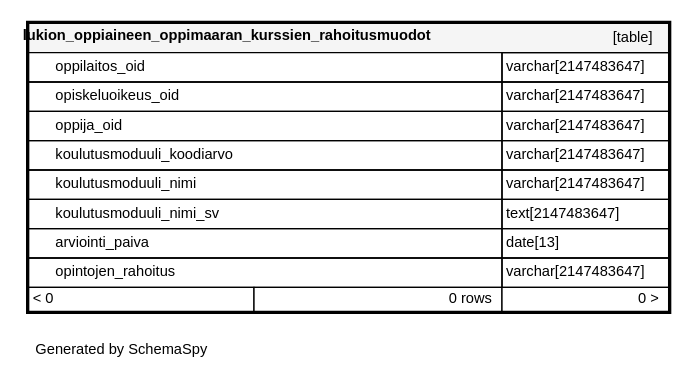
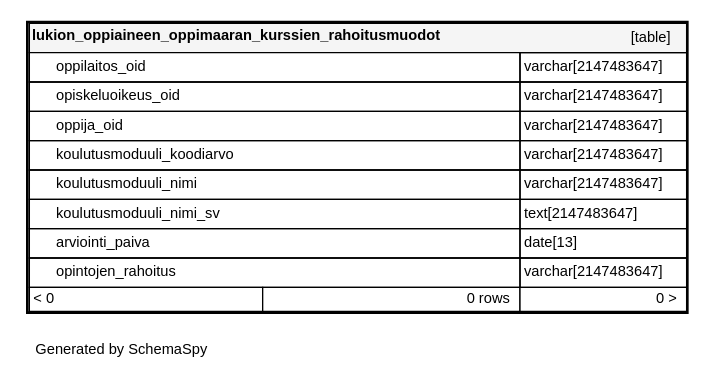
The diagram in documentation/tietokantaskeemat/koski-raportointikanta/diagrams/tables/lukion_oppiaineen_oppimaaran_ku_6b9ab367.1degree.dot (Opetushallitus/koski), drawn with Graphviz before and after one commit. The commit also changed 226 other files, not shown here.

```diff
--- a/documentation/tietokantaskeemat/koski-raportointikanta/diagrams/tables/lukion_oppiaineen_oppimaaran_ku_6b9ab367.1degree.dot
+++ b/documentation/tietokantaskeemat/koski-raportointikanta/diagrams/tables/lukion_oppiaineen_oppimaaran_ku_6b9ab367.1degree.dot
@@ -1,21 +1,21 @@
 digraph "oneDegreeRelationshipsDiagram" {
   graph [    rankdir="RL"    bgcolor="#ffffff"    label="\nGenerated by SchemaSpy"    labeljust="l"    nodesep="0.18"    ranksep="0.46"    fontname="Helvetica"    fontsize="11"    ration="compress"  ];  node [    fontname="Helvetica"    fontsize="11"    shape="plaintext"  ];  edge [    arrowsize="0.8"  ];
   "lukion_oppiaineen_oppimaaran_kurssien_rahoitusmuodot" [
    label=<
     <TABLE BORDER="2" CELLBORDER="1" CELLSPACING="0" BGCOLOR="#ffffff">
-      <TR><TD COLSPAN="4"  BGCOLOR="#f5f5f5"><TABLE BORDER="0" CELLSPACING="0"><TR><TD ALIGN="LEFT" FIXEDSIZE="TRUE" WIDTH="334" HEIGHT="16"><B>lukion_oppiaineen_oppimaaran_kurssien_rahoitusmuodot</B></TD><TD ALIGN="RIGHT">[table]</TD></TR></TABLE></TD></TR>
-      <TR><TD PORT="oppilaitos_oid" COLSPAN="2" BGCOLOR="#ffffff" ALIGN="LEFT"><TABLE BORDER="0" CELLSPACING="0" ALIGN="LEFT"><TR ALIGN="LEFT"><TD ALIGN="LEFT" FIXEDSIZE="TRUE" WIDTH="15" HEIGHT="16"></TD><TD ALIGN="LEFT" FIXEDSIZE="TRUE" WIDTH="334" HEIGHT="16">oppilaitos_oid</TD></TR></TABLE></TD><TD PORT="oppilaitos_oid.type" ALIGN="LEFT">varchar[2147483647]</TD></TR>
-      <TR><TD PORT="opiskeluoikeus_oid" COLSPAN="2" ALIGN="LEFT"><TABLE BORDER="0" CELLSPACING="0" ALIGN="LEFT"><TR ALIGN="LEFT"><TD ALIGN="LEFT" FIXEDSIZE="TRUE" WIDTH="15" HEIGHT="16"></TD><TD ALIGN="LEFT" FIXEDSIZE="TRUE" WIDTH="334" HEIGHT="16">opiskeluoikeus_oid</TD></TR></TABLE></TD><TD PORT="opiskeluoikeus_oid.type" ALIGN="LEFT">varchar[2147483647]</TD></TR>
-      <TR><TD PORT="oppija_oid" COLSPAN="2" ALIGN="LEFT"><TABLE BORDER="0" CELLSPACING="0" ALIGN="LEFT"><TR ALIGN="LEFT"><TD ALIGN="LEFT" FIXEDSIZE="TRUE" WIDTH="15" HEIGHT="16"></TD><TD ALIGN="LEFT" FIXEDSIZE="TRUE" WIDTH="334" HEIGHT="16">oppija_oid</TD></TR></TABLE></TD><TD PORT="oppija_oid.type" ALIGN="LEFT">varchar[2147483647]</TD></TR>
-      <TR><TD PORT="koulutusmoduuli_koodiarvo" COLSPAN="2" ALIGN="LEFT"><TABLE BORDER="0" CELLSPACING="0" ALIGN="LEFT"><TR ALIGN="LEFT"><TD ALIGN="LEFT" FIXEDSIZE="TRUE" WIDTH="15" HEIGHT="16"></TD><TD ALIGN="LEFT" FIXEDSIZE="TRUE" WIDTH="334" HEIGHT="16">koulutusmoduuli_koodiarvo</TD></TR></TABLE></TD><TD PORT="koulutusmoduuli_koodiarvo.type" ALIGN="LEFT">varchar[2147483647]</TD></TR>
-      <TR><TD PORT="koulutusmoduuli_nimi" COLSPAN="2" ALIGN="LEFT"><TABLE BORDER="0" CELLSPACING="0" ALIGN="LEFT"><TR ALIGN="LEFT"><TD ALIGN="LEFT" FIXEDSIZE="TRUE" WIDTH="15" HEIGHT="16"></TD><TD ALIGN="LEFT" FIXEDSIZE="TRUE" WIDTH="334" HEIGHT="16">koulutusmoduuli_nimi</TD></TR></TABLE></TD><TD PORT="koulutusmoduuli_nimi.type" ALIGN="LEFT">varchar[2147483647]</TD></TR>
-      <TR><TD PORT="koulutusmoduuli_nimi_sv" COLSPAN="2" ALIGN="LEFT"><TABLE BORDER="0" CELLSPACING="0" ALIGN="LEFT"><TR ALIGN="LEFT"><TD ALIGN="LEFT" FIXEDSIZE="TRUE" WIDTH="15" HEIGHT="16"></TD><TD ALIGN="LEFT" FIXEDSIZE="TRUE" WIDTH="334" HEIGHT="16">koulutusmoduuli_nimi_sv</TD></TR></TABLE></TD><TD PORT="koulutusmoduuli_nimi_sv.type" ALIGN="LEFT">text[2147483647]</TD></TR>
-      <TR><TD PORT="arviointi_paiva" COLSPAN="2" ALIGN="LEFT"><TABLE BORDER="0" CELLSPACING="0" ALIGN="LEFT"><TR ALIGN="LEFT"><TD ALIGN="LEFT" FIXEDSIZE="TRUE" WIDTH="15" HEIGHT="16"></TD><TD ALIGN="LEFT" FIXEDSIZE="TRUE" WIDTH="334" HEIGHT="16">arviointi_paiva</TD></TR></TABLE></TD><TD PORT="arviointi_paiva.type" ALIGN="LEFT">date[13]</TD></TR>
-      <TR><TD PORT="opintojen_rahoitus" COLSPAN="2" ALIGN="LEFT"><TABLE BORDER="0" CELLSPACING="0" ALIGN="LEFT"><TR ALIGN="LEFT"><TD ALIGN="LEFT" FIXEDSIZE="TRUE" WIDTH="15" HEIGHT="16"></TD><TD ALIGN="LEFT" FIXEDSIZE="TRUE" WIDTH="334" HEIGHT="16">opintojen_rahoitus</TD></TR></TABLE></TD><TD PORT="opintojen_rahoitus.type" ALIGN="LEFT">varchar[2147483647]</TD></TR>
+      <TR><TD COLSPAN="4"  BGCOLOR="#f5f5f5"><TABLE BORDER="0" CELLSPACING="0"><TR><TD ALIGN="LEFT" FIXEDSIZE="TRUE" WIDTH="347" HEIGHT="16"><B>lukion_oppiaineen_oppimaaran_kurssien_rahoitusmuodot</B></TD><TD ALIGN="RIGHT">[table]</TD></TR></TABLE></TD></TR>
+      <TR><TD PORT="oppilaitos_oid" COLSPAN="2" BGCOLOR="#ffffff" ALIGN="LEFT"><TABLE BORDER="0" CELLSPACING="0" ALIGN="LEFT"><TR ALIGN="LEFT"><TD ALIGN="LEFT" FIXEDSIZE="TRUE" WIDTH="15" HEIGHT="16"></TD><TD ALIGN="LEFT" FIXEDSIZE="TRUE" WIDTH="347" HEIGHT="16">oppilaitos_oid</TD></TR></TABLE></TD><TD PORT="oppilaitos_oid.type" ALIGN="LEFT">varchar[2147483647]</TD></TR>
+      <TR><TD PORT="opiskeluoikeus_oid" COLSPAN="2" ALIGN="LEFT"><TABLE BORDER="0" CELLSPACING="0" ALIGN="LEFT"><TR ALIGN="LEFT"><TD ALIGN="LEFT" FIXEDSIZE="TRUE" WIDTH="15" HEIGHT="16"></TD><TD ALIGN="LEFT" FIXEDSIZE="TRUE" WIDTH="347" HEIGHT="16">opiskeluoikeus_oid</TD></TR></TABLE></TD><TD PORT="opiskeluoikeus_oid.type" ALIGN="LEFT">varchar[2147483647]</TD></TR>
+      <TR><TD PORT="oppija_oid" COLSPAN="2" ALIGN="LEFT"><TABLE BORDER="0" CELLSPACING="0" ALIGN="LEFT"><TR ALIGN="LEFT"><TD ALIGN="LEFT" FIXEDSIZE="TRUE" WIDTH="15" HEIGHT="16"></TD><TD ALIGN="LEFT" FIXEDSIZE="TRUE" WIDTH="347" HEIGHT="16">oppija_oid</TD></TR></TABLE></TD><TD PORT="oppija_oid.type" ALIGN="LEFT">varchar[2147483647]</TD></TR>
+      <TR><TD PORT="koulutusmoduuli_koodiarvo" COLSPAN="2" ALIGN="LEFT"><TABLE BORDER="0" CELLSPACING="0" ALIGN="LEFT"><TR ALIGN="LEFT"><TD ALIGN="LEFT" FIXEDSIZE="TRUE" WIDTH="15" HEIGHT="16"></TD><TD ALIGN="LEFT" FIXEDSIZE="TRUE" WIDTH="347" HEIGHT="16">koulutusmoduuli_koodiarvo</TD></TR></TABLE></TD><TD PORT="koulutusmoduuli_koodiarvo.type" ALIGN="LEFT">varchar[2147483647]</TD></TR>
+      <TR><TD PORT="koulutusmoduuli_nimi" COLSPAN="2" ALIGN="LEFT"><TABLE BORDER="0" CELLSPACING="0" ALIGN="LEFT"><TR ALIGN="LEFT"><TD ALIGN="LEFT" FIXEDSIZE="TRUE" WIDTH="15" HEIGHT="16"></TD><TD ALIGN="LEFT" FIXEDSIZE="TRUE" WIDTH="347" HEIGHT="16">koulutusmoduuli_nimi</TD></TR></TABLE></TD><TD PORT="koulutusmoduuli_nimi.type" ALIGN="LEFT">varchar[2147483647]</TD></TR>
+      <TR><TD PORT="koulutusmoduuli_nimi_sv" COLSPAN="2" ALIGN="LEFT"><TABLE BORDER="0" CELLSPACING="0" ALIGN="LEFT"><TR ALIGN="LEFT"><TD ALIGN="LEFT" FIXEDSIZE="TRUE" WIDTH="15" HEIGHT="16"></TD><TD ALIGN="LEFT" FIXEDSIZE="TRUE" WIDTH="347" HEIGHT="16">koulutusmoduuli_nimi_sv</TD></TR></TABLE></TD><TD PORT="koulutusmoduuli_nimi_sv.type" ALIGN="LEFT">text[2147483647]</TD></TR>
+      <TR><TD PORT="arviointi_paiva" COLSPAN="2" ALIGN="LEFT"><TABLE BORDER="0" CELLSPACING="0" ALIGN="LEFT"><TR ALIGN="LEFT"><TD ALIGN="LEFT" FIXEDSIZE="TRUE" WIDTH="15" HEIGHT="16"></TD><TD ALIGN="LEFT" FIXEDSIZE="TRUE" WIDTH="347" HEIGHT="16">arviointi_paiva</TD></TR></TABLE></TD><TD PORT="arviointi_paiva.type" ALIGN="LEFT">date[13]</TD></TR>
+      <TR><TD PORT="opintojen_rahoitus" COLSPAN="2" ALIGN="LEFT"><TABLE BORDER="0" CELLSPACING="0" ALIGN="LEFT"><TR ALIGN="LEFT"><TD ALIGN="LEFT" FIXEDSIZE="TRUE" WIDTH="15" HEIGHT="16"></TD><TD ALIGN="LEFT" FIXEDSIZE="TRUE" WIDTH="347" HEIGHT="16">opintojen_rahoitus</TD></TR></TABLE></TD><TD PORT="opintojen_rahoitus.type" ALIGN="LEFT">varchar[2147483647]</TD></TR>
       <TR><TD ALIGN="LEFT" BGCOLOR="#ffffff">&lt; 0</TD><TD ALIGN="RIGHT" BGCOLOR="#ffffff">0 rows</TD><TD ALIGN="RIGHT" BGCOLOR="#ffffff">0 &gt;</TD></TR>
     </TABLE>>
     URL="../../tables/lukion_oppiaineen_oppimaaran_ku_6b9ab367.html"
     target="_top"
     tooltip="lukion_oppiaineen_oppimaaran_kurssien_rahoitusmuodot"
   ];
 }
```
